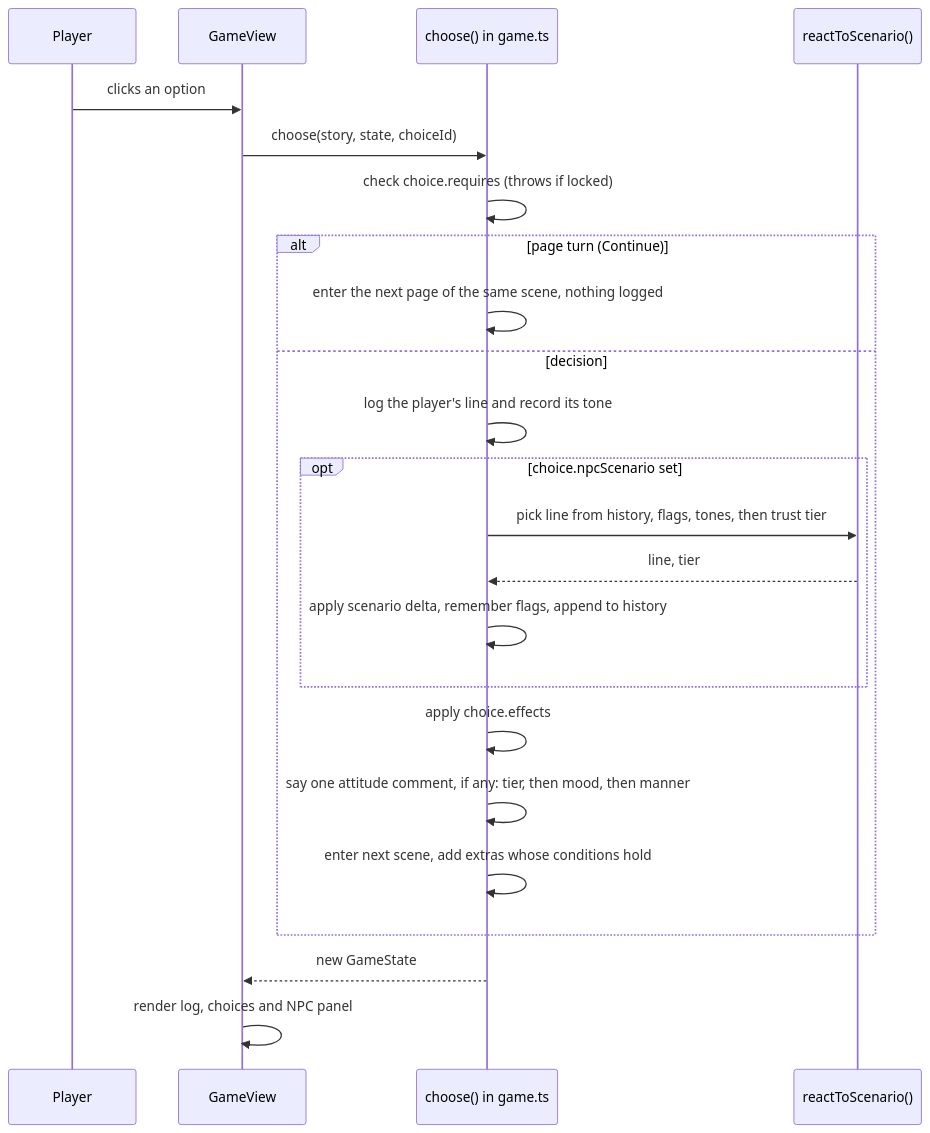
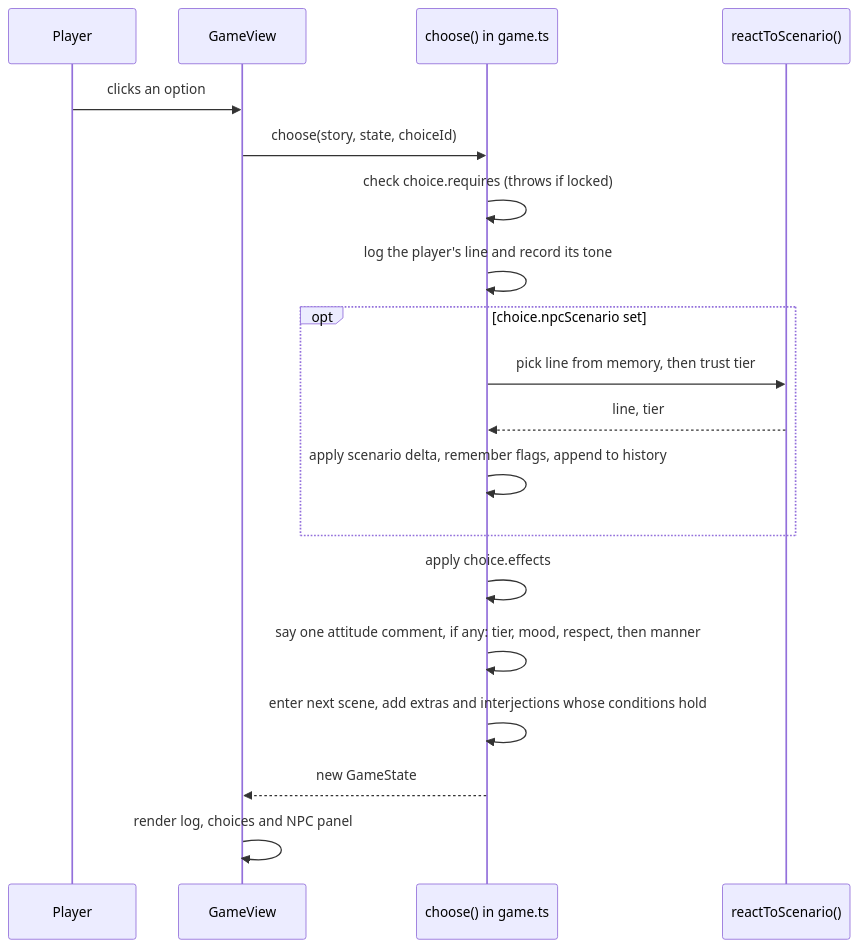
One commit to jgyy/nextxian changed the second of 15 diagrams in docs/ARCHITECTURE.md. Above: the diagram before and after it, drawn with Mermaid. The commit also changed other lines of this file and 68 other files, not shown here.

````diff
--- a/docs/ARCHITECTURE.md
+++ b/docs/ARCHITECTURE.md
@@ -48,25 +44,21 @@
 ```mermaid
 sequenceDiagram
   participant P as Player
   participant UI as GameView
   participant E as choose() in game.ts
   participant N as reactToScenario()
   P->>UI: clicks an option
   UI->>E: choose(story, state, choiceId)
   E->>E: check choice.requires (throws if locked)
-  alt page turn (Continue)
-    E->>E: enter the next page of the same scene, nothing logged
-  else decision
-    E->>E: log the player's line and record its tone
-    opt choice.npcScenario set
-      E->>N: pick line from history, flags, tones, then trust tier
-      N-->>E: line, tier
-      E->>E: apply scenario delta, remember flags, append to history
-    end
-    E->>E: apply choice.effects
-    E->>E: say one attitude comment, if any: tier, then mood, then manner
-    E->>E: enter next scene, add extras whose conditions hold
+  E->>E: log the player's line and record its tone
+  opt choice.npcScenario set
+    E->>N: pick line from memory, then trust tier
+    N-->>E: line, tier
+    E->>E: apply scenario delta, remember flags, append to history
   end
+  E->>E: apply choice.effects
+  E->>E: say one attitude comment, if any: tier, mood, respect, then manner
+  E->>E: enter next scene, add extras and interjections whose conditions hold
   E-->>UI: new GameState
   UI->>UI: render log, choices and NPC panel
 ```
````
